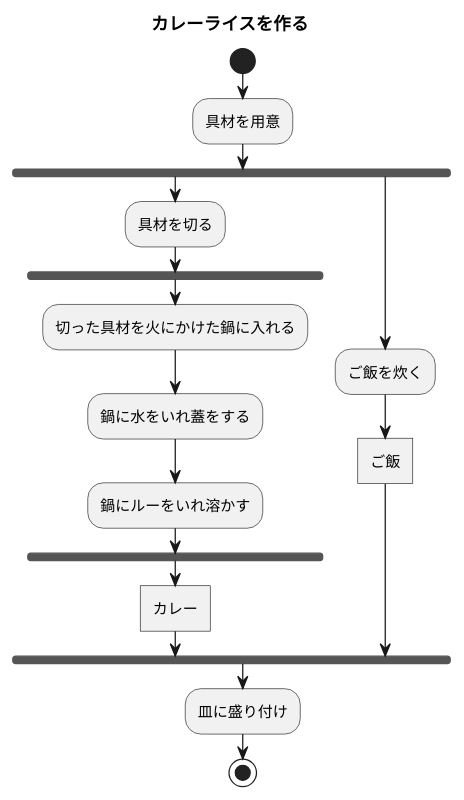
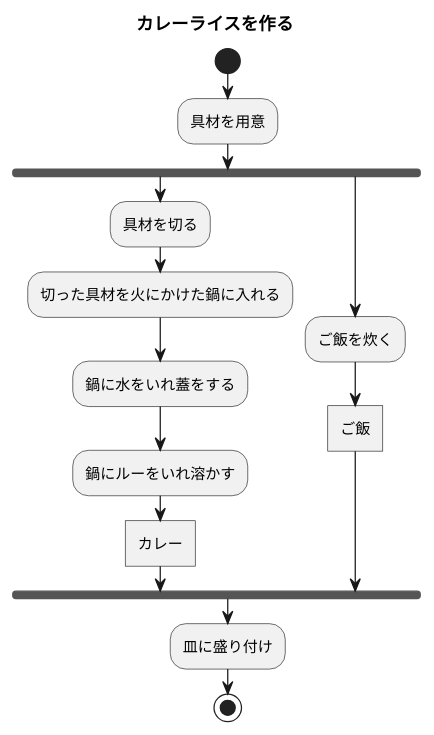
Before and after one commit to kikuchihibiki/uml-introduction: the diagram in 7章練習_ACカレーライス.pu, drawn with PlantUML.

Commit message:
修正

```diff
--- a/7章練習_ACカレーライス.pu
+++ b/7章練習_ACカレーライス.pu
@@ -1,21 +1,20 @@
 @startuml
 title カレーライスを作る
 
 start
 :具材を用意;
 fork
 :具材を切る;
-fork
 :切った具材を火にかけた鍋に入れる;
 :鍋に水をいれ蓋をする;
 :鍋にルーをいれ溶かす;
-end fork
 :カレー]
+
 
 fork again
 :ご飯を炊く;
 :ご飯]
 end fork
 :皿に盛り付け;
 stop
 @enduml
```
